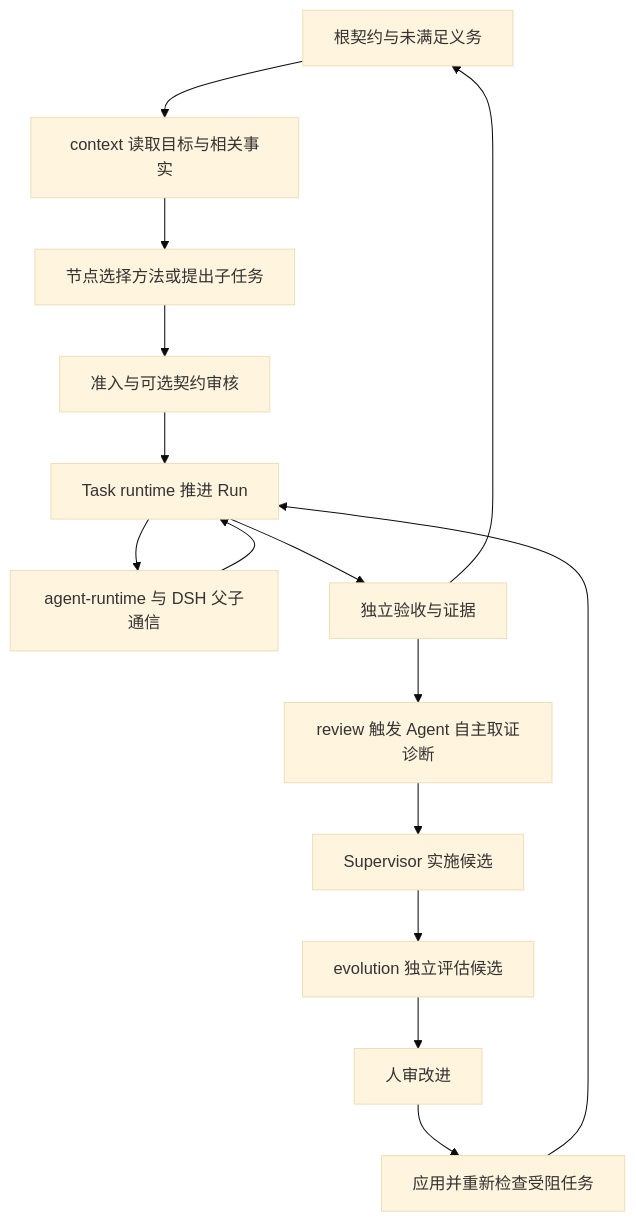
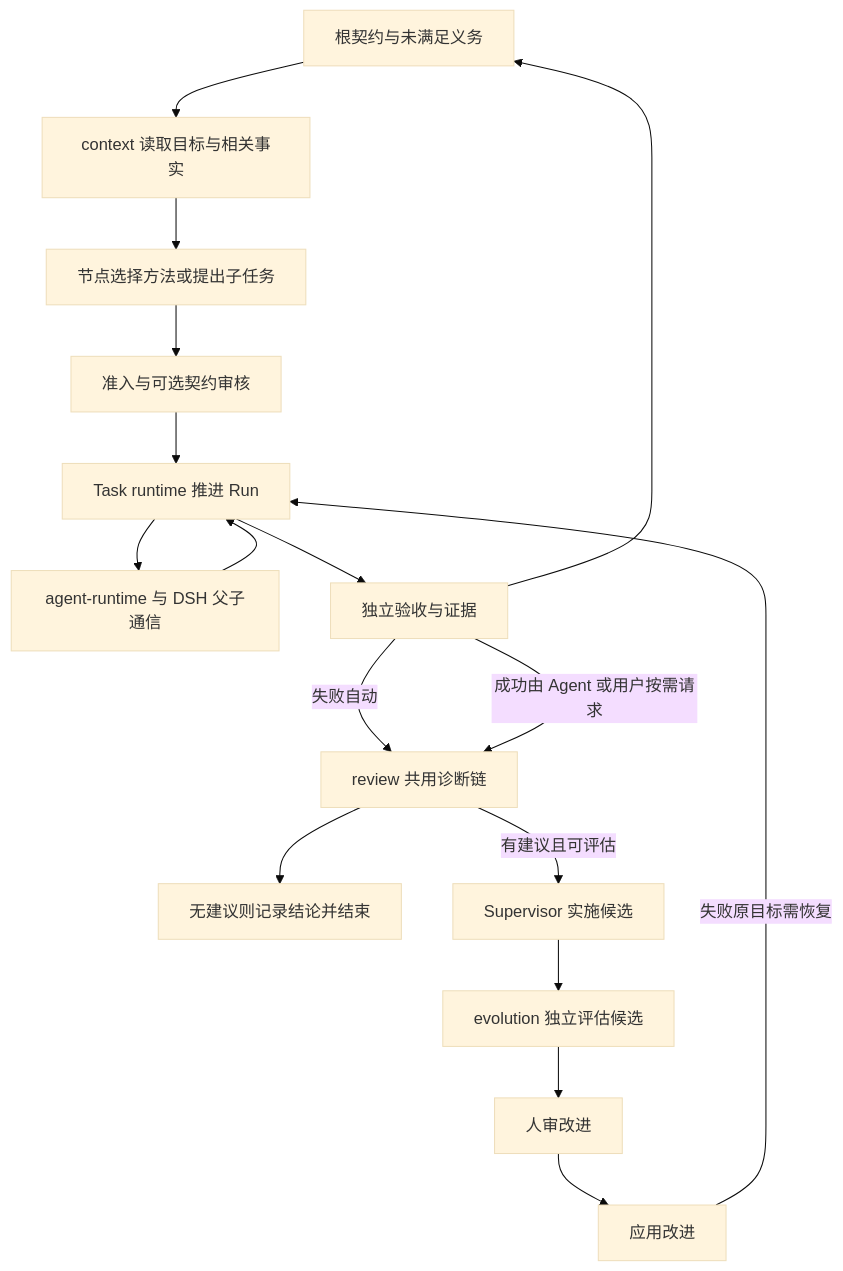
Before and after one commit to mctang985211-coder/singularity: the diagram in docs/exploration-evolution-architecture.md, drawn with Mermaid (base theme). The commit also changed other lines of this file and 7 other files, not shown here.

````diff
--- a/docs/exploration-evolution-architecture.md
+++ b/docs/exploration-evolution-architecture.md
@@ -48,17 +48,19 @@
 ```mermaid
 flowchart TD
   G[根契约与未满足义务] --> C[context 读取目标与相关事实]
   C --> N[节点选择方法或提出子任务]
   N --> A[准入与可选契约审核]
   A --> R[Task runtime 推进 Run]
   R --> Q[agent-runtime 与 DSH 父子通信]
   Q --> R
   R --> V[独立验收与证据]
   V --> G
-  V --> D[review 触发 Agent 自主取证诊断]
-  D --> S[Supervisor 实施候选]
+  V -->|失败自动| D[review 共用诊断链]
+  V -->|成功由 Agent 或用户按需请求| D
+  D --> Z[无建议则记录结论并结束]
+  D -->|有建议且可评估| S[Supervisor 实施候选]
   S --> E[evolution 独立评估候选]
   E --> H[人审改进]
-  H --> P[应用并重新检查受阻任务]
-  P --> R
+  H --> P[应用改进]
+  P -->|失败原目标需恢复| R
 ```
````
